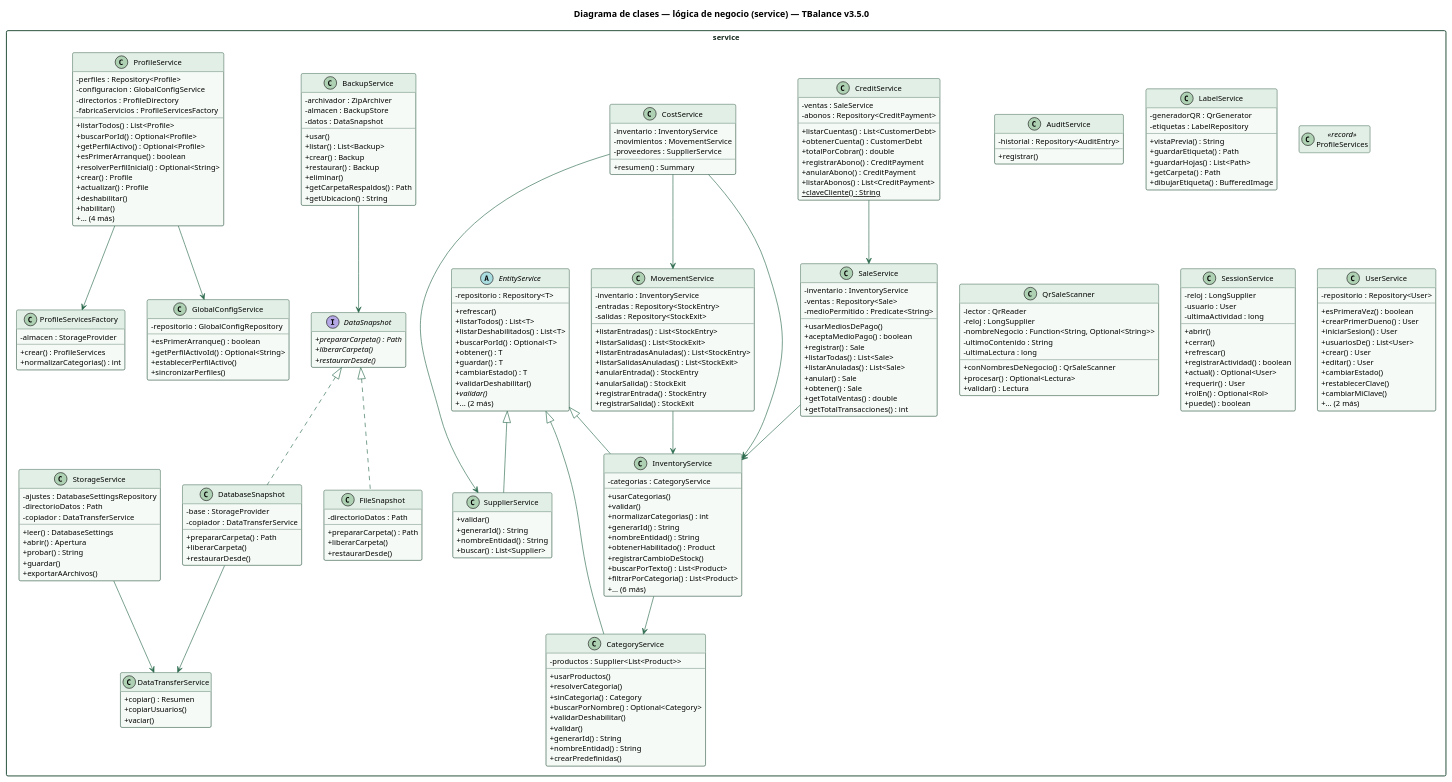
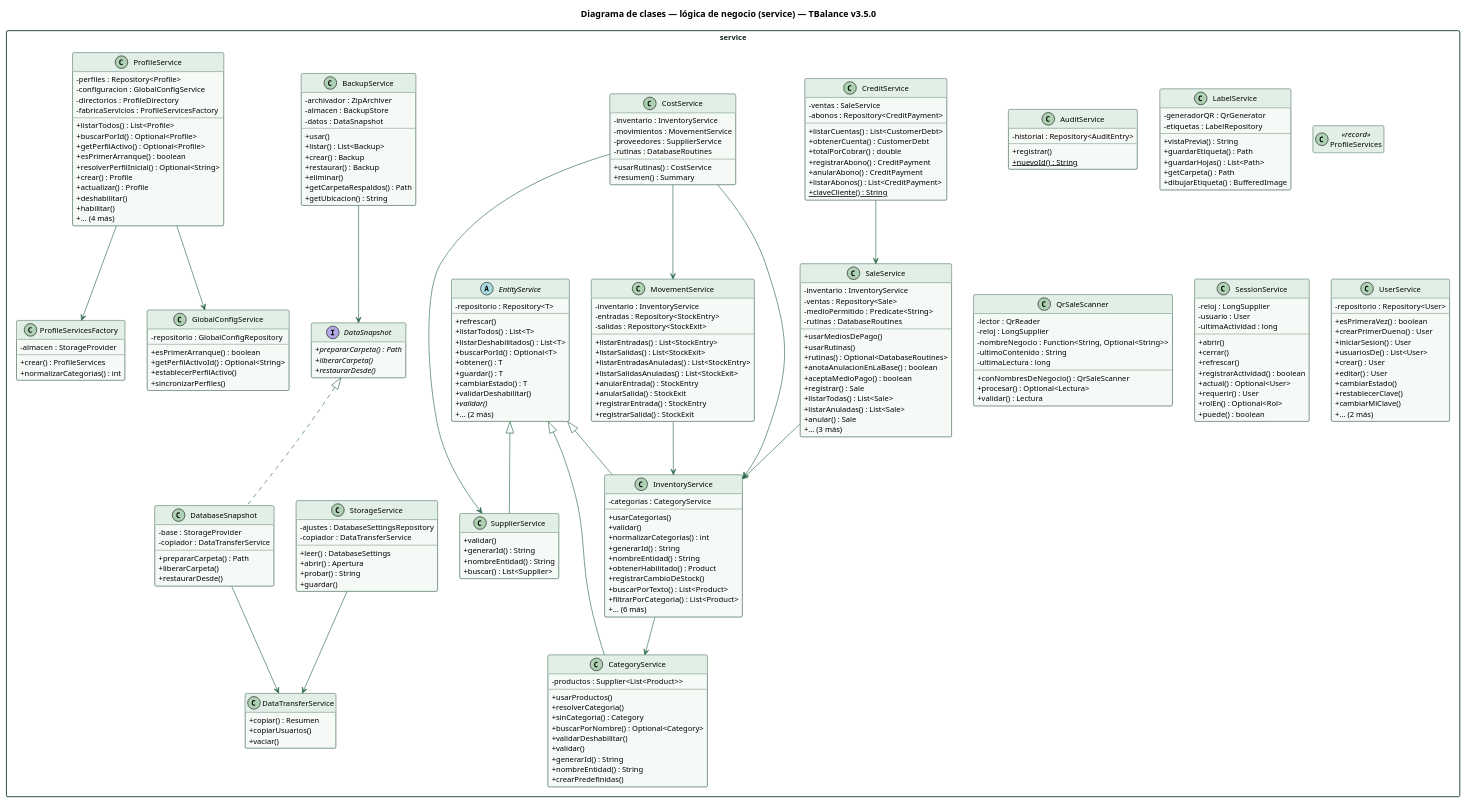
The diagram in docs/diagramas/clases-servicios.puml (erickf-dev/TBalance), drawn with PlantUML before and after one commit. The commit also changed 74 other files, not shown here.

```diff
--- a/docs/diagramas/clases-servicios.puml
+++ b/docs/diagramas/clases-servicios.puml
@@ -22,6 +22,7 @@
 class AuditService {
   - historial : Repository<AuditEntry>
   + registrar()
+  + {static} nuevoId() : String
 }
 class BackupService {
   - archivador : ZipArchiver
@@ -51,6 +52,8 @@
   - inventario : InventoryService
   - movimientos : MovementService
   - proveedores : SupplierService
+  - rutinas : DatabaseRoutines
+  + usarRutinas() : CostService
   + resumen() : Summary
 }
 class CreditService {
@@ -93,12 +96,6 @@
   + validarDeshabilitar()
   + {abstract} validar()
   + ... (2 más)
-}
-class FileSnapshot {
-  - directorioDatos : Path
-  + prepararCarpeta() : Path
-  + liberarCarpeta()
-  + restaurarDesde()
 }
 class GlobalConfigService {
   - repositorio : GlobalConfigRepository
@@ -179,15 +176,17 @@
   - inventario : InventoryService
   - ventas : Repository<Sale>
   - medioPermitido : Predicate<String>
+  - rutinas : DatabaseRoutines
   + usarMediosDePago()
+  + usarRutinas()
+  + rutinas() : Optional<DatabaseRoutines>
+  + anotaAnulacionEnLaBase() : boolean
   + aceptaMedioPago() : boolean
   + registrar() : Sale
   + listarTodas() : List<Sale>
   + listarAnuladas() : List<Sale>
   + anular() : Sale
-  + obtener() : Sale
-  + getTotalVentas() : double
-  + getTotalTransacciones() : int
+  + ... (3 más)
 }
 class SessionService {
   - reloj : LongSupplier
@@ -204,13 +203,11 @@
 }
 class StorageService {
   - ajustes : DatabaseSettingsRepository
-  - directorioDatos : Path
   - copiador : DataTransferService
   + leer() : DatabaseSettings
   + abrir() : Apertura
   + probar() : String
   + guardar()
-  + exportarAArchivos()
 }
 class SupplierService {
   + validar()
@@ -238,7 +235,6 @@
 CostService --> SupplierService
 CreditService --> SaleService
 DataSnapshot <|.. DatabaseSnapshot
-DataSnapshot <|.. FileSnapshot
 DatabaseSnapshot --> DataTransferService
 EntityService <|-- CategoryService
 EntityService <|-- InventoryService
```
